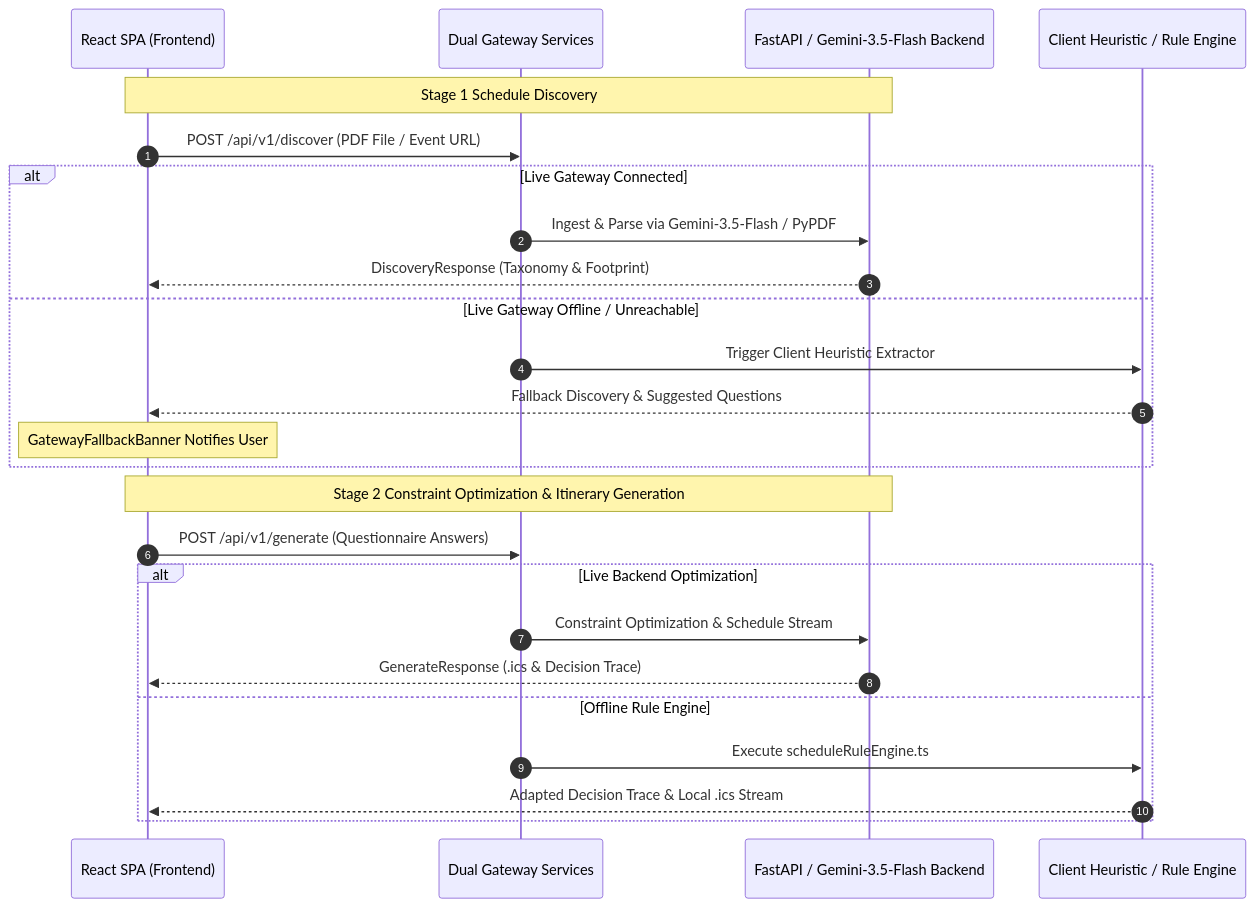
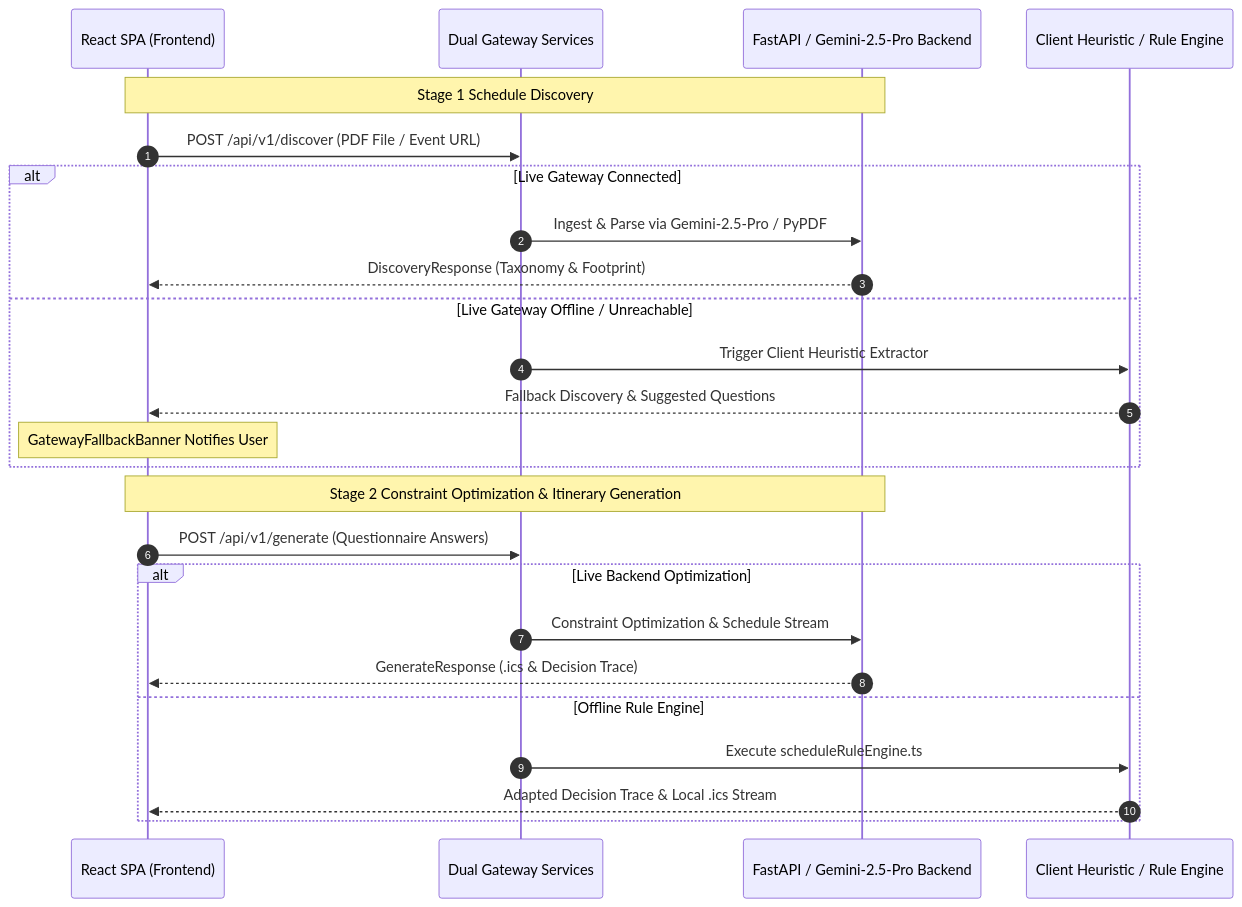
One commit to arii/tech-dancer changed the diagram in content/studies/wcs-navigator-architecture.md. Above: the diagram before and after it, drawn with Mermaid. The commit also changed other lines of this file and 4 other files, not shown here.

Commit message:
docs(wcs-navigator): update architecture deep dive with debug inspector, telemetry, and screenshots

````diff
--- a/content/studies/wcs-navigator-architecture.md
+++ b/content/studies/wcs-navigator-architecture.md
@@ -27,29 +27,29 @@
 ```mermaid
 sequenceDiagram
     autonumber
     participant SPA as React SPA (Frontend)
     participant GW as Dual Gateway Services
-    participant API as FastAPI / Gemini-3.5-Flash Backend
+    participant API as FastAPI / Gemini-2.5-Pro Backend
     participant Heuristic as Client Heuristic / Rule Engine
 
     Note over SPA,API: Stage 1 Schedule Discovery
     SPA->>GW: POST /api/v1/discover (PDF File / Event URL)
     alt Live Gateway Connected
-        GW->>API: Ingest & Parse via Gemini-3.5-Flash / PyPDF
+        GW->>API: Ingest & Parse via Gemini-2.5-Pro / PyPDF
         API-->>SPA: DiscoveryResponse (Taxonomy & Footprint)
     else Live Gateway Offline / Unreachable
         GW->>Heuristic: Trigger Client Heuristic Extractor
         Heuristic-->>SPA: Fallback Discovery & Suggested Questions
         Note over SPA: GatewayFallbackBanner Notifies User
     end
 
     Note over SPA,API: Stage 2 Constraint Optimization & Itinerary Generation
     SPA->>GW: POST /api/v1/generate (Questionnaire Answers)
     alt Live Backend Optimization
         GW->>API: Constraint Optimization & Schedule Stream
         API-->>SPA: GenerateResponse (.ics & Decision Trace)
     else Offline Rule Engine
         GW->>Heuristic: Execute scheduleRuleEngine.ts
         Heuristic-->>SPA: Adapted Decision Trace & Local .ics Stream
     end
 ```
````
